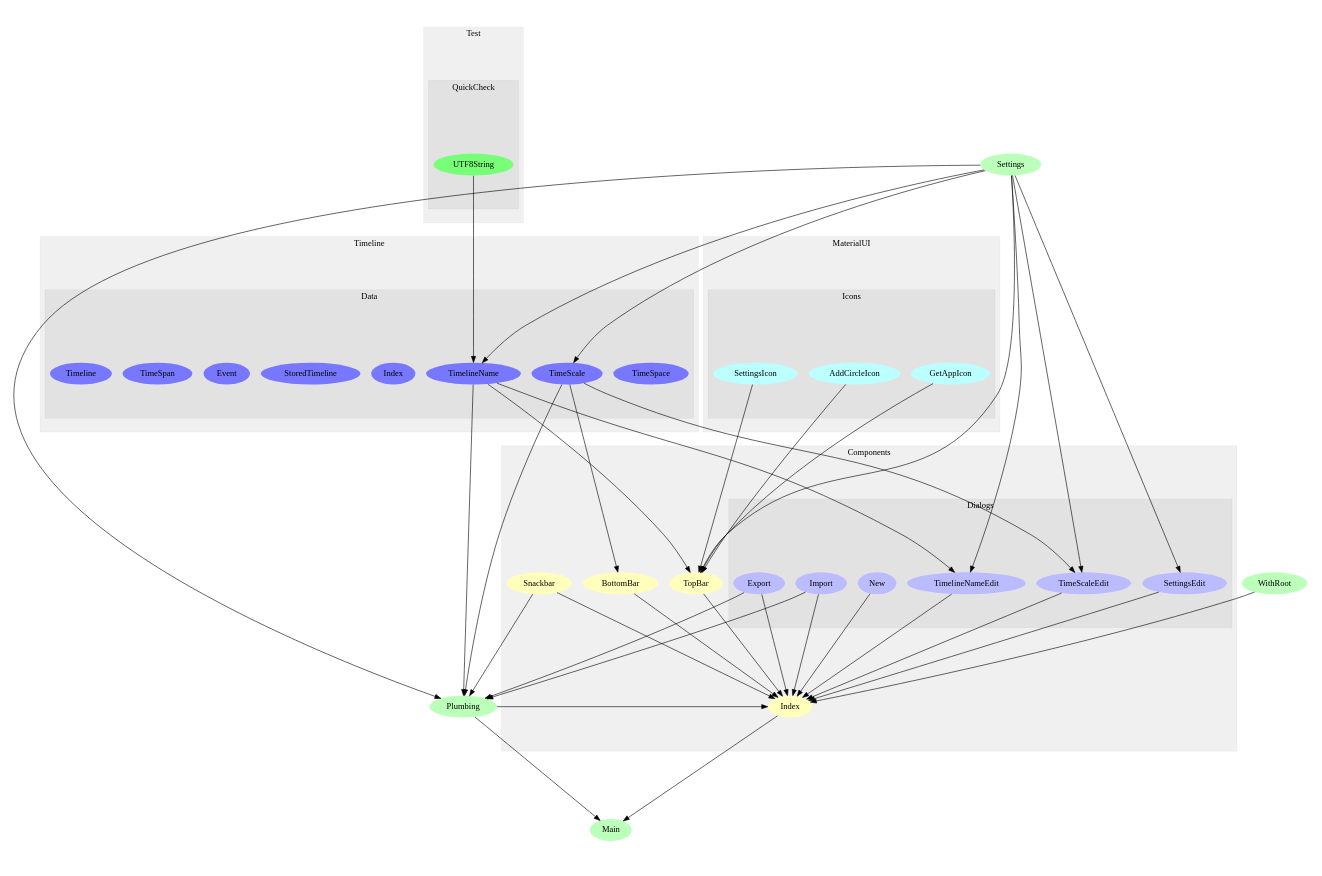
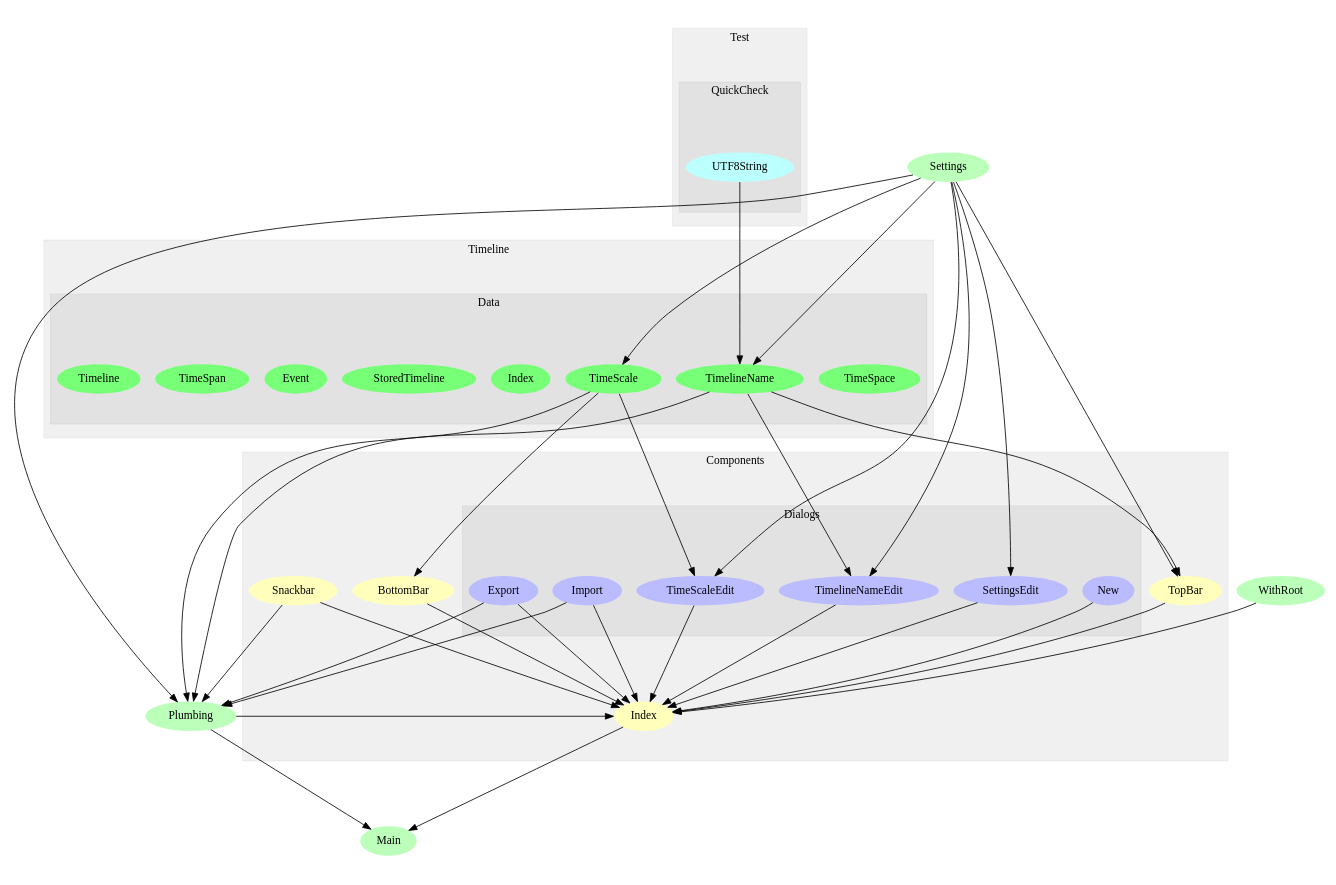
The diagram in modules.dot (openchronology/openchronology.github.io), drawn with Graphviz before and after one commit. The commit also changed 2 other files, not shown here.

```diff
--- a/modules.dot
+++ b/modules.dot
@@ -1,112 +1,94 @@
-digraph G {
+digraph Modules {
 size="12,8";
 ratio="fill";
-u13[label="Settings",style="filled",fillcolor="#bbffbb",penwidth="0"];
-u14[label="Plumbing",style="filled",fillcolor="#bbffbb",penwidth="0"];
-u16[label="Main",style="filled",fillcolor="#bbffbb",penwidth="0"];
-u25[label="WithRoot",style="filled",fillcolor="#bbffbb",penwidth="0"];
+u10[label="Settings",style="filled",fillcolor="#bbffbb",penwidth="0"];
+u11[label="Plumbing",style="filled",fillcolor="#bbffbb",penwidth="0"];
+u13[label="Main",style="filled",fillcolor="#bbffbb",penwidth="0"];
+u22[label="WithRoot",style="filled",fillcolor="#bbffbb",penwidth="0"];
 subgraph cluster_0 {
 label="Components";
 color="#0000000F";
 style="filled";
-u3[label="BottomBar",style="filled",fillcolor="#ffffbb",penwidth="0"];
-u10[label="TopBar",style="filled",fillcolor="#ffffbb",penwidth="0"];
-u11[label="Index",style="filled",fillcolor="#ffffbb",penwidth="0"];
-u12[label="Snackbar",style="filled",fillcolor="#ffffbb",penwidth="0"];
+u0[label="BottomBar",style="filled",fillcolor="#ffffbb",penwidth="0"];
+u7[label="TopBar",style="filled",fillcolor="#ffffbb",penwidth="0"];
+u8[label="Index",style="filled",fillcolor="#ffffbb",penwidth="0"];
+u9[label="Snackbar",style="filled",fillcolor="#ffffbb",penwidth="0"];
 subgraph cluster_1 {
 label="Dialogs";
 color="#0000000F";
 style="filled";
-u4[label="Import",style="filled",fillcolor="#bbbbff",penwidth="0"];
-u5[label="SettingsEdit",style="filled",fillcolor="#bbbbff",penwidth="0"];
-u6[label="TimelineNameEdit",style="filled",fillcolor="#bbbbff",penwidth="0"];
-u7[label="TimeScaleEdit",style="filled",fillcolor="#bbbbff",penwidth="0"];
-u8[label="Export",style="filled",fillcolor="#bbbbff",penwidth="0"];
-u9[label="New",style="filled",fillcolor="#bbbbff",penwidth="0"];
+u1[label="Import",style="filled",fillcolor="#bbbbff",penwidth="0"];
+u2[label="SettingsEdit",style="filled",fillcolor="#bbbbff",penwidth="0"];
+u3[label="TimelineNameEdit",style="filled",fillcolor="#bbbbff",penwidth="0"];
+u4[label="TimeScaleEdit",style="filled",fillcolor="#bbbbff",penwidth="0"];
+u5[label="Export",style="filled",fillcolor="#bbbbff",penwidth="0"];
+u6[label="New",style="filled",fillcolor="#bbbbff",penwidth="0"];
 
 }
 
 }
 subgraph cluster_2 {
-label="MaterialUI";
+label="Test";
 color="#0000000F";
 style="filled";
 subgraph cluster_3 {
-label="Icons";
+label="QuickCheck";
 color="#0000000F";
 style="filled";
-u0[label="GetAppIcon",style="filled",fillcolor="#bbffff",penwidth="0"];
-u1[label="AddCircleIcon",style="filled",fillcolor="#bbffff",penwidth="0"];
-u2[label="SettingsIcon",style="filled",fillcolor="#bbffff",penwidth="0"];
+u12[label="UTF8String",style="filled",fillcolor="#bbffff",penwidth="0"];
 
 }
 
 }
 subgraph cluster_4 {
-label="Test";
+label="Timeline";
 color="#0000000F";
 style="filled";
 subgraph cluster_5 {
-label="QuickCheck";
+label="Data";
 color="#0000000F";
 style="filled";
-u15[label="UTF8String",style="filled",fillcolor="#77ff77",penwidth="0"];
+u14[label="TimeSpace",style="filled",fillcolor="#77ff77",penwidth="0"];
+u15[label="TimeScale",style="filled",fillcolor="#77ff77",penwidth="0"];
+u16[label="TimelineName",style="filled",fillcolor="#77ff77",penwidth="0"];
+u17[label="Index",style="filled",fillcolor="#77ff77",penwidth="0"];
+u18[label="StoredTimeline",style="filled",fillcolor="#77ff77",penwidth="0"];
+u19[label="Event",style="filled",fillcolor="#77ff77",penwidth="0"];
+u20[label="TimeSpan",style="filled",fillcolor="#77ff77",penwidth="0"];
+u21[label="Timeline",style="filled",fillcolor="#77ff77",penwidth="0"];
 
 }
 
 }
-subgraph cluster_6 {
-label="Timeline";
-color="#0000000F";
-style="filled";
-subgraph cluster_7 {
-label="Data";
-color="#0000000F";
-style="filled";
-u17[label="TimeSpace",style="filled",fillcolor="#7777ff",penwidth="0"];
-u18[label="TimeScale",style="filled",fillcolor="#7777ff",penwidth="0"];
-u19[label="TimelineName",style="filled",fillcolor="#7777ff",penwidth="0"];
-u20[label="Index",style="filled",fillcolor="#7777ff",penwidth="0"];
-u21[label="StoredTimeline",style="filled",fillcolor="#7777ff",penwidth="0"];
-u22[label="Event",style="filled",fillcolor="#7777ff",penwidth="0"];
-u23[label="TimeSpan",style="filled",fillcolor="#7777ff",penwidth="0"];
-u24[label="Timeline",style="filled",fillcolor="#7777ff",penwidth="0"];
+u15 -> u0;
+u10 -> u2;
+u10 -> u3;
+u16 -> u3;
+u10 -> u4;
+u15 -> u4;
+u10 -> u7;
+u16 -> u7;
+u0 -> u8;
+u1 -> u8;
+u2 -> u8;
+u3 -> u8;
+u4 -> u8;
+u5 -> u8;
+u6 -> u8;
+u7 -> u8;
+u9 -> u8;
+u11 -> u8;
+u22 -> u8;
+u1 -> u11;
+u5 -> u11;
+u9 -> u11;
+u10 -> u11;
+u15 -> u11;
+u16 -> u11;
+u8 -> u13;
+u11 -> u13;
+u10 -> u15;
+u10 -> u16;
+u12 -> u16;
 
 }
-
-}
-u18 -> u3;
-u13 -> u5;
-u13 -> u6;
-u19 -> u6;
-u13 -> u7;
-u18 -> u7;
-u0 -> u10;
-u1 -> u10;
-u2 -> u10;
-u13 -> u10;
-u19 -> u10;
-u3 -> u11;
-u4 -> u11;
-u5 -> u11;
-u6 -> u11;
-u7 -> u11;
-u8 -> u11;
-u9 -> u11;
-u10 -> u11;
-u12 -> u11;
-u14 -> u11;
-u25 -> u11;
-u4 -> u14;
-u8 -> u14;
-u12 -> u14;
-u13 -> u14;
-u18 -> u14;
-u19 -> u14;
-u11 -> u16;
-u14 -> u16;
-u13 -> u18;
-u13 -> u19;
-u15 -> u19;
-
-}
```
